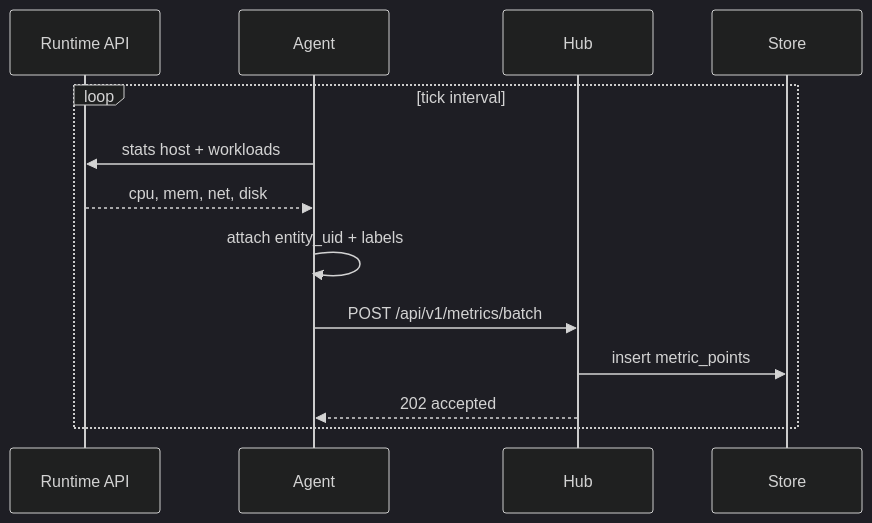
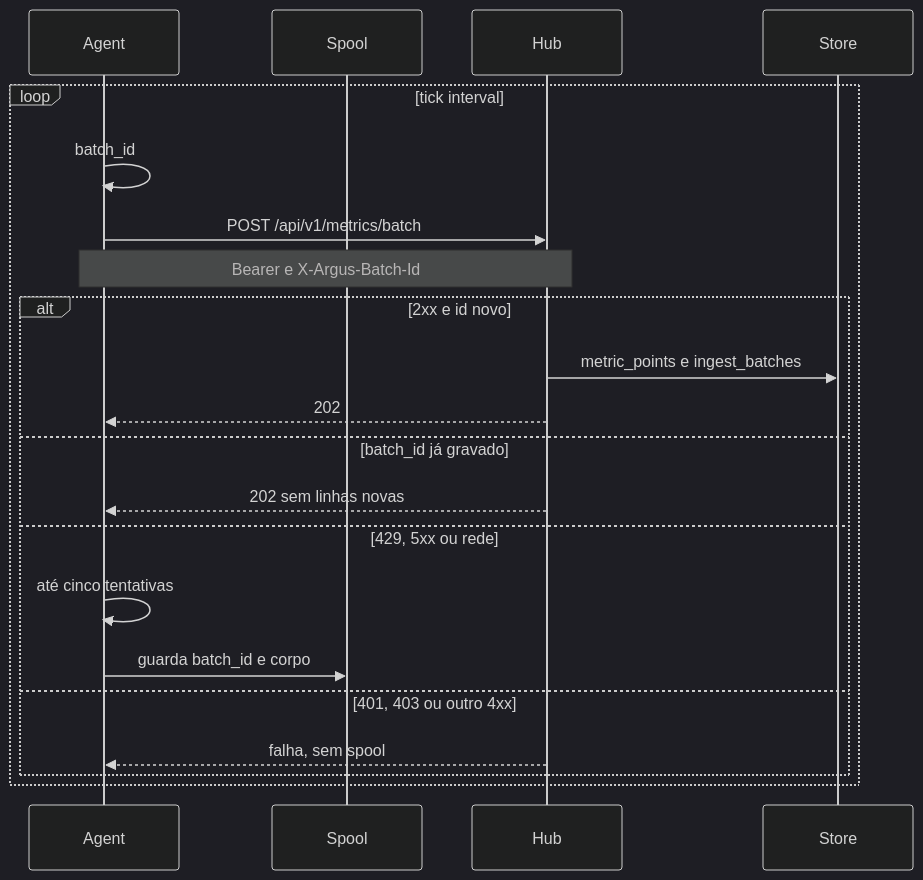
One commit to HarryRaddatz/argus-observability changed the first of 2 diagrams in docs/flows/metrics-ingestion.pt.md. Above: the diagram before and after it, drawn with Mermaid (dark theme). The commit also changed other lines of this file and 71 other files, not shown here.

````diff
--- a/docs/flows/metrics-ingestion.pt.md
+++ b/docs/flows/metrics-ingestion.pt.md
@@ -7,16 +7,24 @@
 ```mermaid
 sequenceDiagram
-  participant Runtime as Runtime API
   participant Agent
+  participant Spool
   participant Hub
   participant Store
 
   loop tick interval
-    Agent->>Runtime: stats host + workloads
-    Runtime-->>Agent: cpu, mem, net, disk
-    Agent->>Agent: attach entity_uid + labels
+    Agent->>Agent: batch_id
     Agent->>Hub: POST /api/v1/metrics/batch
-    Hub->>Store: insert metric_points
-    Hub-->>Agent: 202 accepted
+    Note over Agent,Hub: Bearer e X-Argus-Batch-Id
+    alt 2xx e id novo
+      Hub->>Store: metric_points e ingest_batches
+      Hub-->>Agent: 202
+    else batch_id já gravado
+      Hub-->>Agent: 202 sem linhas novas
+    else 429, 5xx ou rede
+      Agent->>Agent: até cinco tentativas
+      Agent->>Spool: guarda batch_id e corpo
+    else 401, 403 ou outro 4xx
+      Hub-->>Agent: falha, sem spool
+    end
   end
 ```
````
